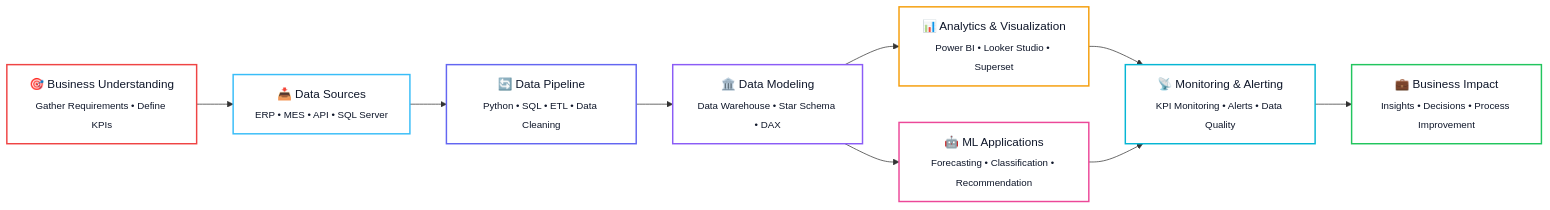
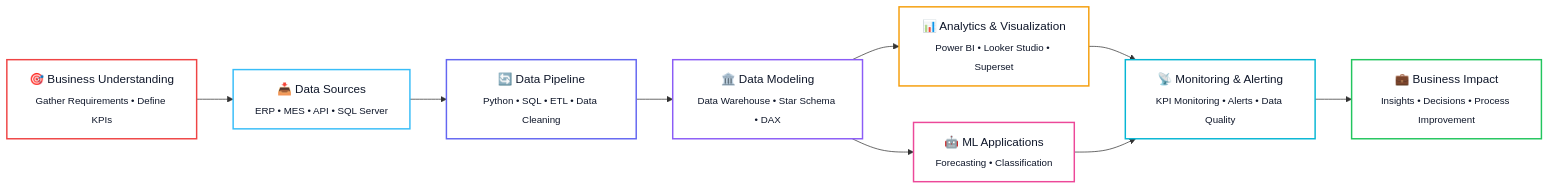
The diagram in README.md (thanhvinh04/thanhvinh04), drawn with Mermaid before and after one commit.

Commit message:
Update ML Applications description in README
Removed 'Recommendation' from ML Applications section in README.

````diff
--- a/README.md
+++ b/README.md
@@ -51,37 +51,37 @@
 ```mermaid
 flowchart LR
 
     REQ["🎯 Business Understanding<br/><sub>Gather Requirements • Define KPIs</sub>"]
 
     SRC["📥 Data Sources<br/><sub>ERP • MES • API • SQL Server</sub>"]
 
     PREP["🔄 Data Pipeline<br/><sub>Python • SQL • ETL • Data Cleaning</sub>"]
 
     MODEL["🏛️ Data Modeling<br/><sub>Data Warehouse • Star Schema • DAX</sub>"]
 
     BI["📊 Analytics & Visualization<br/><sub>Power BI • Looker Studio • Superset</sub>"]
 
-    ML["🤖 ML Applications<br/><sub>Forecasting • Classification • Recommendation</sub>"]
+    ML["🤖 ML Applications<br/><sub>Forecasting • Classification</sub>"]
 
     OPS["📡 Monitoring & Alerting<br/><sub>KPI Monitoring • Alerts • Data Quality</sub>"]
 
     IMP["💼 Business Impact<br/><sub>Insights • Decisions • Process Improvement</sub>"]
 
     REQ --> SRC
     SRC --> PREP
     PREP --> MODEL
     MODEL --> BI
     MODEL --> ML
     BI --> OPS
     ML --> OPS
     OPS --> IMP
 
     style REQ fill:#ffffff,stroke:#ef4444,stroke-width:2px,color:#0f172a
     style SRC fill:#ffffff,stroke:#38bdf8,stroke-width:2px,color:#0f172a
     style PREP fill:#ffffff,stroke:#6366f1,stroke-width:2px,color:#0f172a
     style MODEL fill:#ffffff,stroke:#8b5cf6,stroke-width:2px,color:#0f172a
     style BI fill:#ffffff,stroke:#f59e0b,stroke-width:2px,color:#0f172a
     style ML fill:#ffffff,stroke:#ec4899,stroke-width:2px,color:#0f172a
     style OPS fill:#ffffff,stroke:#06b6d4,stroke-width:2px,color:#0f172a
     style IMP fill:#ffffff,stroke:#22c55e,stroke-width:2px,color:#0f172a
 ```
````
